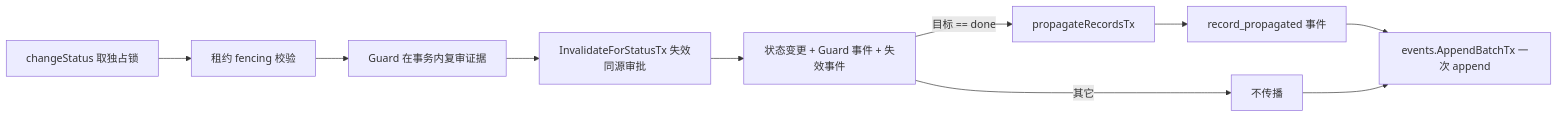
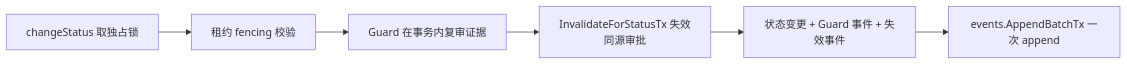
The fourth of 5 diagrams in docs/repowiki/knowledge/可靠文本存储/架构设计.md (JAYY513/Workloom), drawn with Mermaid before and after one commit. The commit also changed other lines of this file and 49 other files, not shown here.

````diff
--- a/docs/repowiki/knowledge/可靠文本存储/架构设计.md
+++ b/docs/repowiki/knowledge/可靠文本存储/架构设计.md
@@ -284,12 +300,8 @@
 ```mermaid
 flowchart LR
     A[changeStatus 取独占锁] --> B[租约 fencing 校验]
     B --> C[Guard 在事务内复审证据]
     C --> D[InvalidateForStatusTx 失效同源审批]
     D --> E[状态变更 + Guard 事件 + 失效事件]
-    E -- 目标 == done --> F[propagateRecordsTx]
-    F --> G[record_propagated 事件]
-    E -- 其它 --> H[不传播]
-    G --> I[events.AppendBatchTx 一次 append]
-    H --> I
+    E --> F[events.AppendBatchTx 一次 append]
 ```
````
